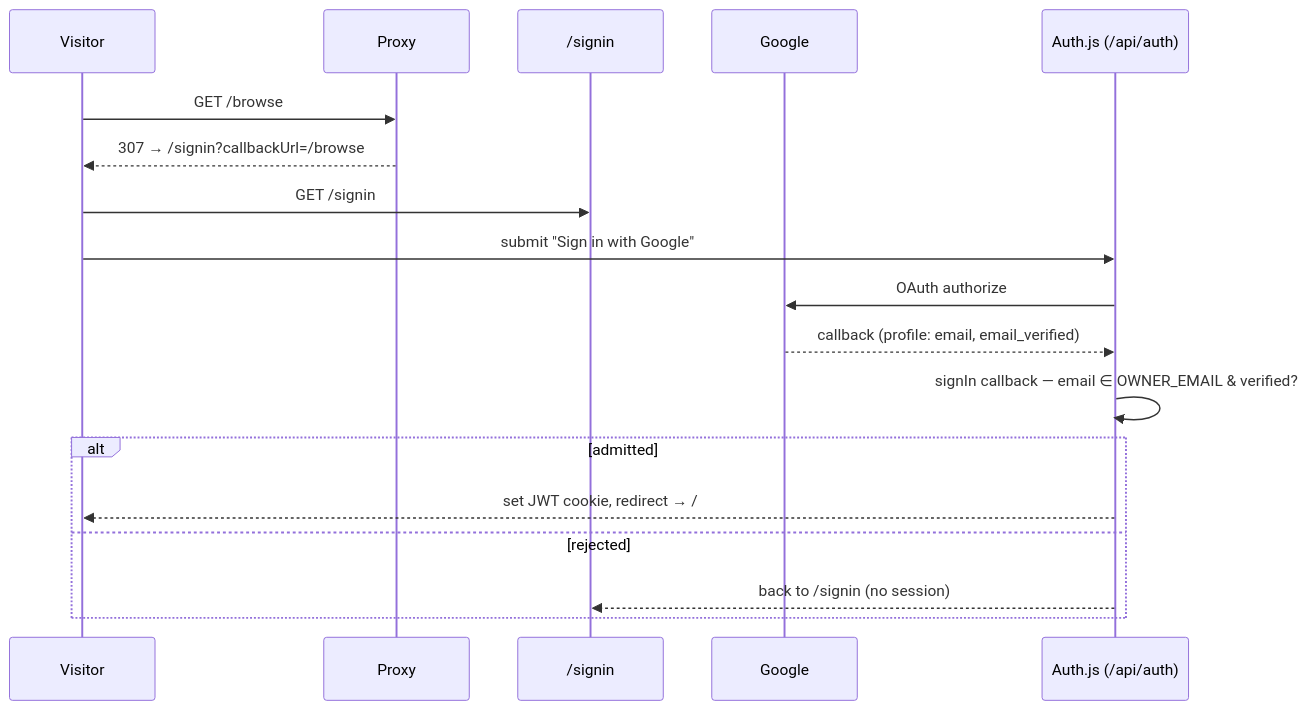
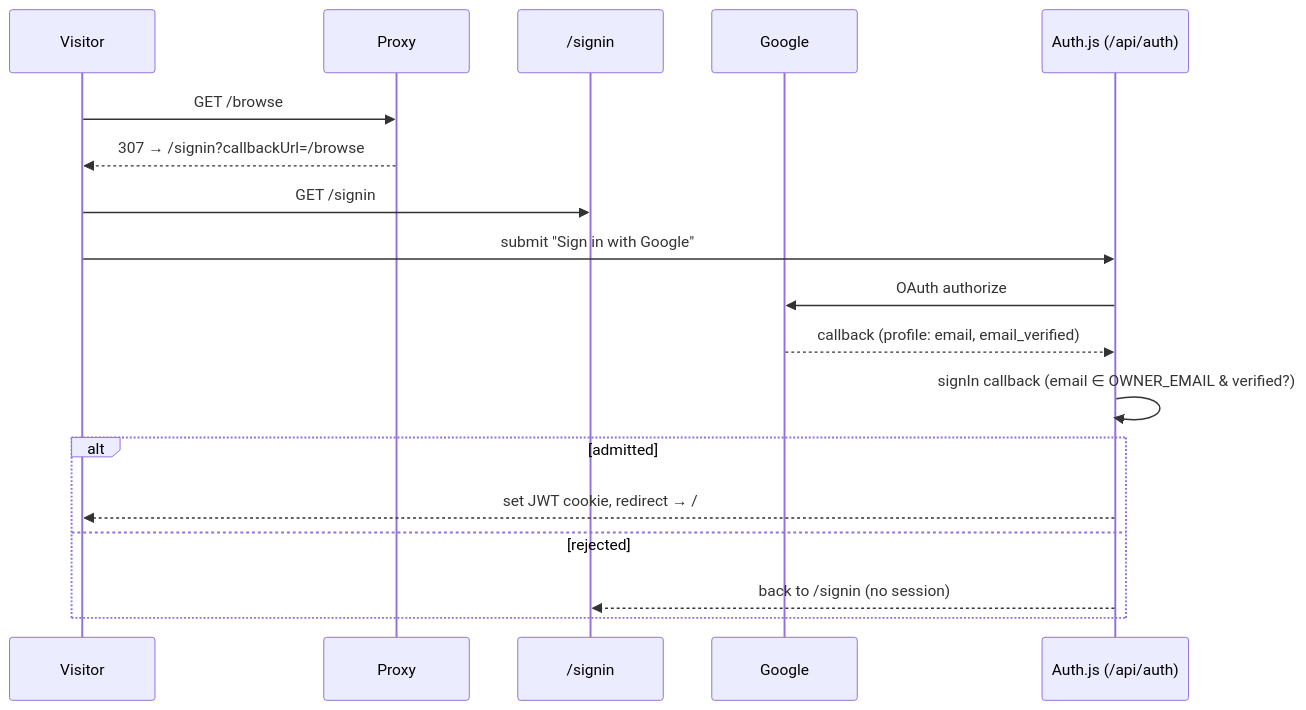
The diagram in specs/auth/20-interface-spec.md (nnworkspace/sil), drawn with Mermaid before and after one commit. The commit also changed other lines of this file and 246 other files, not shown here.

````diff
--- a/specs/auth/20-interface-spec.md
+++ b/specs/auth/20-interface-spec.md
@@ -81,21 +81,21 @@
 ```mermaid
 sequenceDiagram
     participant U as Visitor
     participant P as Proxy
     participant S as /signin
     participant G as Google
     participant A as Auth.js (/api/auth)
 
     U->>P: GET /browse
     P-->>U: 307 → /signin?callbackUrl=/browse
     U->>S: GET /signin
     U->>A: submit "Sign in with Google"
     A->>G: OAuth authorize
     G-->>A: callback (profile: email, email_verified)
-    A->>A: signIn callback — email ∈ OWNER_EMAIL & verified?
+    A->>A: signIn callback (email ∈ OWNER_EMAIL & verified?)
     alt admitted
         A-->>U: set JWT cookie, redirect → /
     else rejected
         A-->>S: back to /signin (no session)
     end
 ```
````
